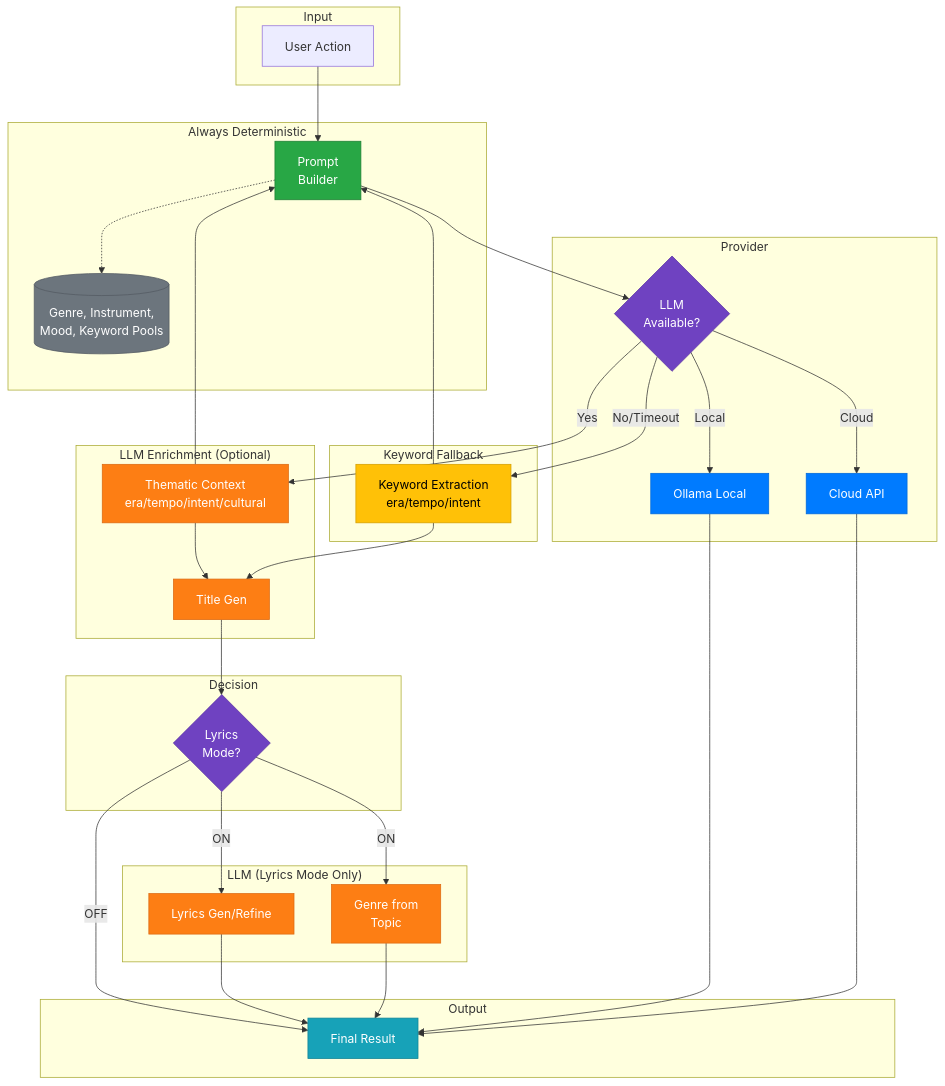
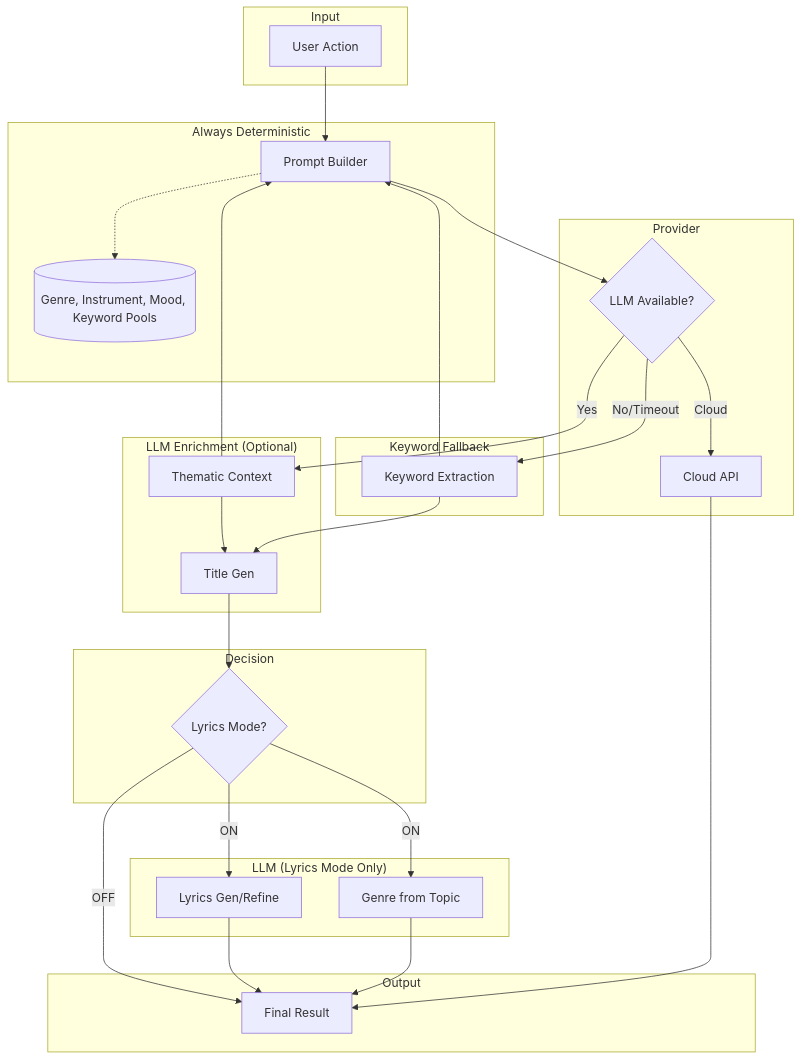
One commit to Qodri588/sp changed the diagram in README.md. Above: the diagram before and after it, drawn with Mermaid. The commit also changed other lines of this file, not shown here.

Commit message:
Update README to match current app: remove Ollama, fix providers/models, update architecture

````diff
--- a/README.md
+++ b/README.md
@@ -576,75 +482,56 @@
 ```mermaid
 flowchart TB
     subgraph Input
         UI[User Action]
     end
 
     subgraph "Always Deterministic"
-        PROMPT[Prompt<br/>Builder]
-        DATA[(Genre, Instrument,<br/>Mood, Keyword Pools)]
+        PROMPT[Prompt Builder]
+        DATA[(Genre, Instrument, Mood, Keyword Pools)]
     end
 
     subgraph "LLM Enrichment (Optional)"
-        CONTEXT[Thematic Context<br/>era/tempo/intent/cultural]
+        CONTEXT[Thematic Context]
         TITLE[Title Gen]
     end
 
     subgraph "Keyword Fallback"
-        KWFALLBACK[Keyword Extraction<br/>era/tempo/intent]
+        KWFALLBACK[Keyword Extraction]
     end
 
     subgraph Decision
-        LYR{Lyrics<br/>Mode?}
+        LYR{Lyrics Mode?}
     end
 
     subgraph "LLM (Lyrics Mode Only)"
         LYRICS[Lyrics Gen/Refine]
-        GENRE[Genre from<br/>Topic]
+        GENRE[Genre from Topic]
     end
 
     subgraph Provider
-        PROV{LLM<br/>Available?}
-        OLLAMA[Ollama Local]
+        PROV{LLM Available?}
         CLOUD[Cloud API]
     end
 
     subgraph Output
         RESULT[Final Result]
     end
 
     UI --> PROMPT
     PROMPT -.-> DATA
     PROMPT --> PROV
     PROV -->|Yes| CONTEXT
     PROV -->|No/Timeout| KWFALLBACK
     CONTEXT --> PROMPT
     CONTEXT --> TITLE
     KWFALLBACK --> PROMPT
     KWFALLBACK --> TITLE
     TITLE --> LYR
     LYR -->|OFF| RESULT
     LYR -->|ON| LYRICS
     LYR -->|ON| GENRE
-    PROV -->|Local| OLLAMA
     PROV -->|Cloud| CLOUD
     LYRICS --> RESULT
     GENRE --> RESULT
-    OLLAMA --> RESULT
     CLOUD --> RESULT
-
-    classDef det fill:#28a745,stroke:#1e7e34,color:#fff
-    classDef ai fill:#fd7e14,stroke:#dc6a12,color:#fff
-    classDef data fill:#6c757d,stroke:#545b62,color:#fff
-    classDef provider fill:#007bff,stroke:#0069d9,color:#fff
-    classDef output fill:#17a2b8,stroke:#138496,color:#fff
-    classDef decision fill:#6f42c1,stroke:#5a32a3,color:#fff
-    classDef fallback fill:#ffc107,stroke:#d39e00,color:#000
-
-    class PROMPT det
-    class CONTEXT,TITLE,LYRICS,GENRE ai
-    class DATA data
-    class OLLAMA,CLOUD provider
-    class PROV,LYR decision
-    class RESULT output
-    class KWFALLBACK fallback
 ```
````
